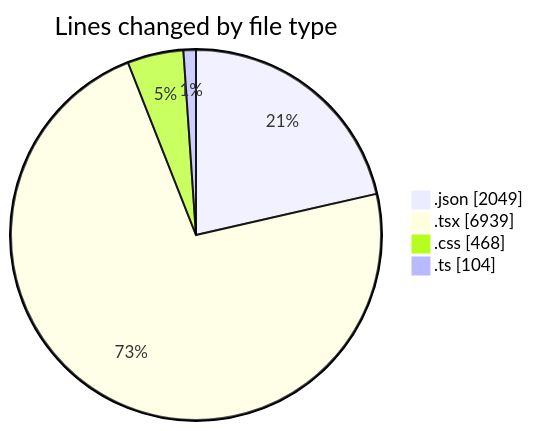
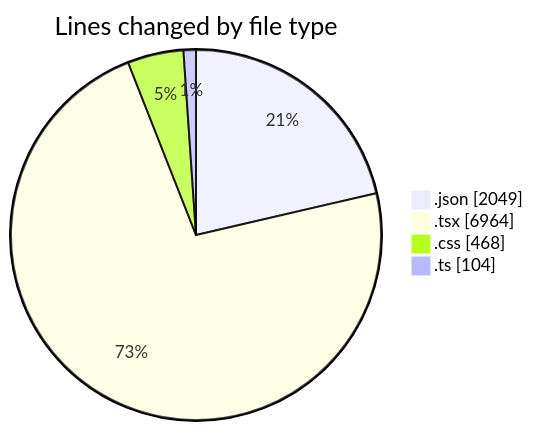
One commit to EIIisD/code-tracking changed the first of 2 diagrams in 2025-08-14/ribbon/README.md. Above: the diagram before and after it, drawn with Mermaid. The commit also changed other lines of this file and 1 other file, not shown here.

````diff
--- a/2025-08-14/ribbon/README.md
+++ b/2025-08-14/ribbon/README.md
@@ -29,8 +29,8 @@
 ```mermaid
 pie showData
 title Lines changed by file type
 ".json" : 2049
-".tsx" : 6939
+".tsx" : 6964
 ".css" : 468
 ".ts" : 104
 ```
````
